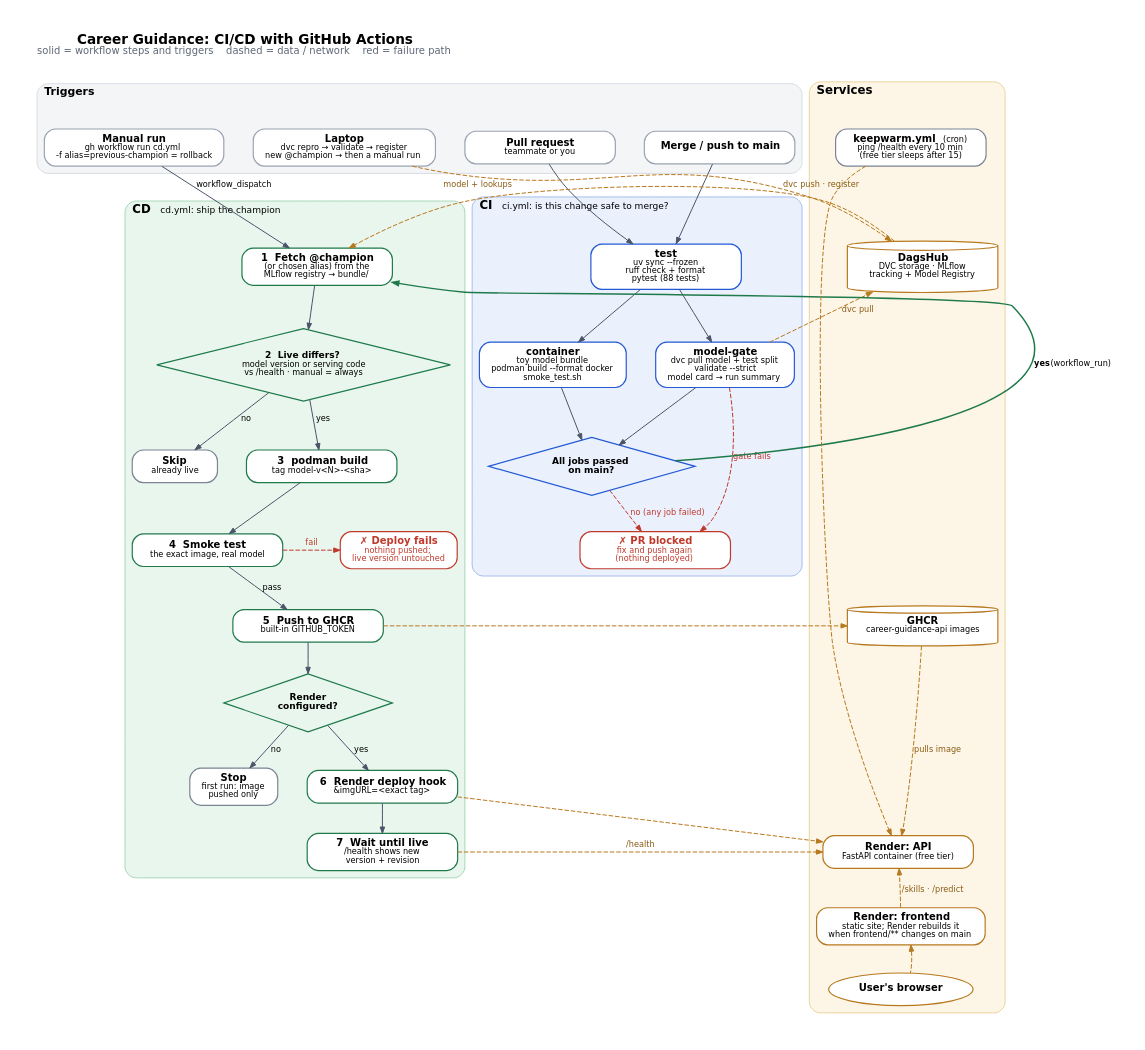
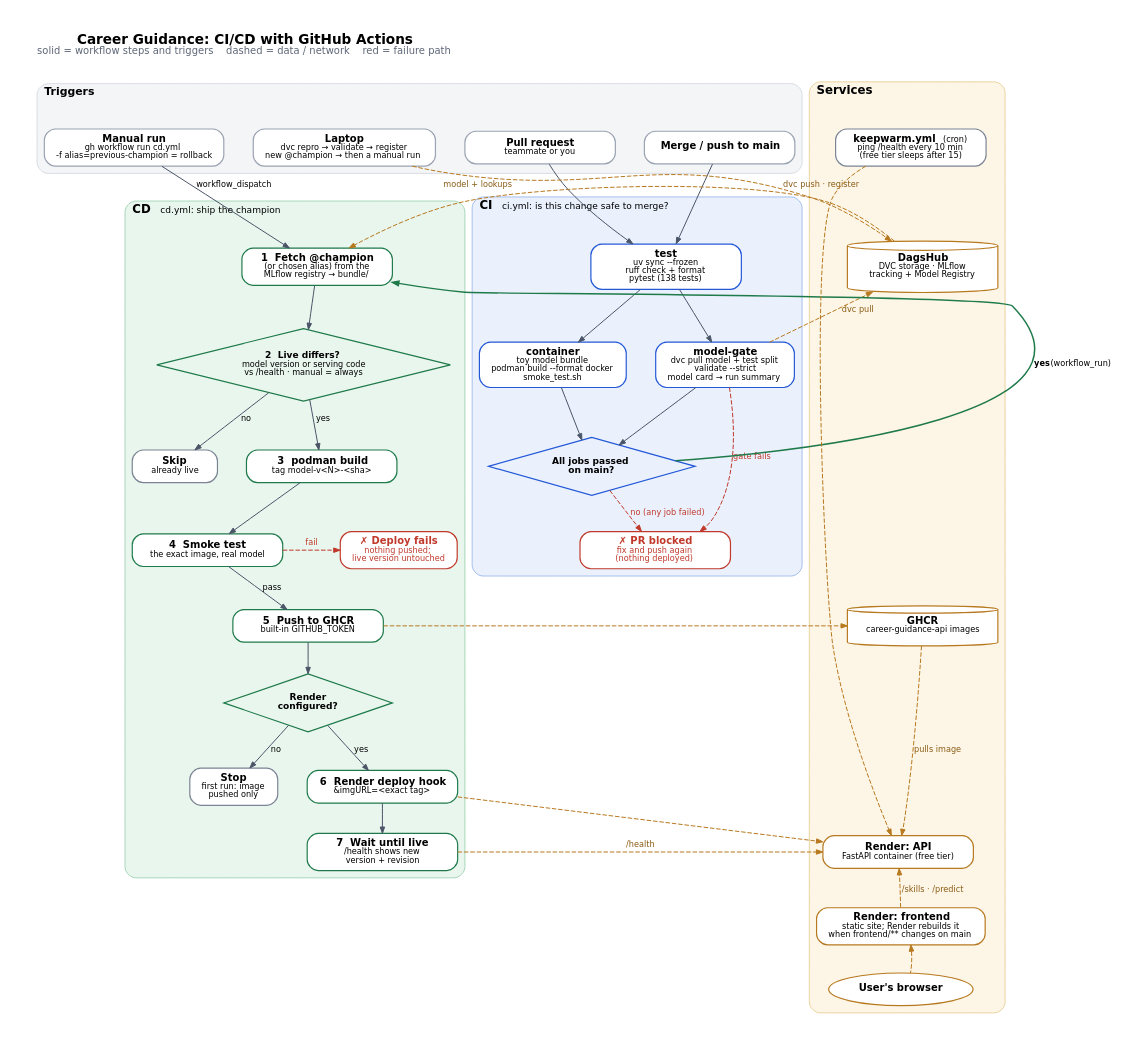
Before and after one commit to AdithyaP-72/Career_Guidance_ML_Ops: the diagram in docs/images/cicd-flow.dot, drawn with Graphviz. The commit also changed 2 other files, not shown here.

Commit message:
docs: Phase 2 guide and diagram updated for the merged resume + courses work

```diff
--- a/docs/images/cicd-flow.dot
+++ b/docs/images/cicd-flow.dot
@@ -1,107 +1,107 @@
 // CI/CD flow of the GitHub Actions workflows (.github/workflows/ci.yml, cd.yml, keepwarm.yml).
 // Re-render after editing:  dot -Tpng -Gdpi=170 docs/images/cicd-flow.dot -o docs/images/cicd-flow.png
 digraph cicd {
   graph [rankdir=TB, fontname="DejaVu Sans", fontsize=15, nodesep=0.45, ranksep=0.42, pad=0.35,
          bgcolor="white", newrank=true,
          label=<<b>Career Guidance: CI/CD with GitHub Actions</b><br/><font point-size="11" color="#5d6676">solid = workflow steps and triggers    dashed = data / network    red = failure path</font><br/> >,
          labelloc=t, labeljust=l];
   node  [fontname="DejaVu Sans", fontsize=11, shape=box, style="rounded,filled", fillcolor="#ffffff",
          color="#9aa3b2", penwidth=1.3, margin="0.18,0.08", width=2.3];
   edge  [fontname="DejaVu Sans", fontsize=9, color="#4a5568", arrowsize=0.7, penwidth=1.1];
 
   // ── triggers (top row) ──────────────────────────────────────────────────────
   subgraph cluster_triggers {
     label=<<b>Triggers</b>>; style="rounded,filled"; fillcolor="#f4f5f7"; color="#d5d9e0"; fontsize=12;
     pr     [label=<<b>Pull request</b><br/><font point-size="9">teammate or you</font>>];
     push   [label=<<b>Merge / push to main</b>>];
     laptop [label=<<b>Laptop</b><br/><font point-size="9">dvc repro → validate → register<br/>new @champion → then a manual run</font>>];
     manual [label=<<b>Manual run</b><br/><font point-size="9">gh workflow run cd.yml<br/>-f alias=previous-champion = rollback</font>>];
     { rank=same; pr; push; laptop; manual; }
   }
 
   // ── CI column ───────────────────────────────────────────────────────────────
   subgraph cluster_ci {
     label=<<b>CI</b>  <font point-size="10">ci.yml: is this change safe to merge?</font>>;
     style="rounded,filled"; fillcolor="#eaf1fd"; color="#9db8ec"; fontsize=13;
-    ci_test [label=<<b>test</b><br/><font point-size="9">uv sync --frozen<br/>ruff check + format<br/>pytest (88 tests)</font>>, color="#2459d6"];
+    ci_test [label=<<b>test</b><br/><font point-size="9">uv sync --frozen<br/>ruff check + format<br/>pytest (138 tests)</font>>, color="#2459d6"];
     ci_cont [label=<<b>container</b><br/><font point-size="9">toy model bundle<br/>podman build --format docker<br/>smoke_test.sh</font>>, color="#2459d6", width=2.1];
     ci_gate [label=<<b>model-gate</b><br/><font point-size="9">dvc pull model + test split<br/>validate --strict<br/>model card → run summary</font>>, color="#2459d6", width=2.1];
     ci_ok   [label=<<b>All jobs passed<br/>on main?</b>>, shape=diamond, style="filled", fillcolor="#eaf1fd", color="#2459d6", fontsize=10, width=2.0];
     blocked [label=<<b>✗ PR blocked</b><br/><font point-size="9">fix and push again<br/>(nothing deployed)</font>>, color="#c0392b", fontcolor="#c0392b"];
   }
 
   // ── CD column ───────────────────────────────────────────────────────────────
   subgraph cluster_cd {
     label=<<b>CD</b>  <font point-size="10">cd.yml: ship the champion</font>>;
     style="rounded,filled"; fillcolor="#e9f6ee"; color="#9fd3b2"; fontsize=13;
     cd_fetch  [label=<<b>1  Fetch @champion</b><br/><font point-size="9">(or chosen alias) from the<br/>MLflow registry → bundle/</font>>, color="#1f7a4a"];
     cd_decide [label=<<b>2  Live differs?</b><br/><font point-size="9">model version or serving code<br/>vs /health · manual = always</font>>, shape=diamond, style="filled", fillcolor="#e9f6ee", color="#1f7a4a", fontsize=10, width=2.9];
     cd_skip   [label=<<b>Skip</b><br/><font point-size="9">already live</font>>, color="#7a8494", width=1.3];
     cd_build  [label=<<b>3  podman build</b><br/><font point-size="9">tag model-v&lt;N&gt;-&lt;sha&gt;</font>>, color="#1f7a4a"];
     cd_smoke  [label=<<b>4  Smoke test</b><br/><font point-size="9">the exact image, real model</font>>, color="#1f7a4a"];
     cd_fail   [label=<<b>✗ Deploy fails</b><br/><font point-size="9">nothing pushed;<br/>live version untouched</font>>, color="#c0392b", fontcolor="#c0392b", width=1.6];
     cd_push   [label=<<b>5  Push to GHCR</b><br/><font point-size="9">built-in GITHUB_TOKEN</font>>, color="#1f7a4a"];
     cd_ready  [label=<<b>Render<br/>configured?</b>>, shape=diamond, style="filled", fillcolor="#e9f6ee", color="#1f7a4a", fontsize=10, width=1.8];
     cd_stop   [label=<<b>Stop</b><br/><font point-size="9">first run: image<br/>pushed only</font>>, color="#7a8494", width=1.3];
     cd_hook   [label=<<b>6  Render deploy hook</b><br/><font point-size="9">&amp;imgURL=&lt;exact tag&gt;</font>>, color="#1f7a4a"];
     cd_wait   [label=<<b>7  Wait until live</b><br/><font point-size="9">/health shows new<br/>version + revision</font>>, color="#1f7a4a"];
     { rank=same; cd_build; cd_skip; }
     { rank=same; cd_smoke; cd_fail; }
     { rank=same; cd_hook; cd_stop; }
   }
 
   // ── services column ─────────────────────────────────────────────────────────
   subgraph cluster_ext {
     label=<<b>Services</b>>; style="rounded,filled"; fillcolor="#fdf6e7"; color="#e8cf95"; fontsize=13;
     dagshub [label=<<b>DagsHub</b><br/><font point-size="9">DVC storage · MLflow<br/>tracking + Model Registry</font>>, shape=cylinder, color="#b7791f"];
     ghcr    [label=<<b>GHCR</b><br/><font point-size="9">career-guidance-api images</font>>, shape=cylinder, color="#b7791f"];
     api     [label=<<b>Render: API</b><br/><font point-size="9">FastAPI container (free tier)</font>>, color="#b7791f"];
     web     [label=<<b>Render: frontend</b><br/><font point-size="9">static site; Render rebuilds it<br/>when frontend/** changes on main</font>>, color="#b7791f"];
     user    [label=<<b>User's browser</b>>, shape=oval, color="#b7791f", width=1.8];
     kw      [label=<<b>keepwarm.yml</b>  <font point-size="9">(cron)</font><br/><font point-size="9">ping /health every 10 min<br/>(free tier sleeps after 15)</font>>, color="#7a8494"];
     dagshub -> ghcr -> api -> web -> user [style=invis];
   }
 
   { rank=same; cd_fetch; dagshub; }
 
   // line services up with the steps that use them
   { rank=same; cd_push; ghcr; }
   { rank=same; cd_wait; api; }
 
   // ── flow ────────────────────────────────────────────────────────────────────
   pr   -> ci_test;
   push -> ci_test;
   ci_test -> ci_cont;
   ci_test -> ci_gate;
   ci_cont -> ci_ok;
   ci_gate -> ci_ok;
   ci_gate -> blocked [color="#c0392b", fontcolor="#c0392b", style=dashed, xlabel="gate fails "];
   ci_ok -> blocked [color="#c0392b", fontcolor="#c0392b", style=dashed, label=" no (any job failed)"];
 
   manual -> cd_fetch [label=" workflow_dispatch"];
   ci_ok -> cd_fetch [label=<<b>yes</b> (workflow_run)>, constraint=false, color="#1f7a4a", penwidth=1.6];
 
   cd_fetch -> cd_decide;
   cd_decide -> cd_build [label=" yes"];
   cd_decide -> cd_skip [label=" no"];
   cd_build -> cd_smoke;
   cd_smoke -> cd_push [label=" pass"];
   cd_smoke -> cd_fail [color="#c0392b", fontcolor="#c0392b", style=dashed, label=" fail"];
   cd_push -> cd_ready;
   cd_ready -> cd_hook [label=" yes"];
   cd_ready -> cd_stop [label=" no"];
   cd_hook -> cd_wait;
 
 
   // data / network (dashed)
   laptop   -> dagshub [style=dashed, color="#b7791f", fontcolor="#8a5a12", label="dvc push · register", constraint=false];
   ci_gate  -> dagshub [style=dashed, color="#b7791f", fontcolor="#8a5a12", label="dvc pull", constraint=false];
   dagshub  -> cd_fetch [style=dashed, color="#b7791f", fontcolor="#8a5a12", label="model + lookups"];
   cd_push  -> ghcr [style=dashed, color="#b7791f"];
   ghcr     -> api [style=dashed, color="#b7791f", fontcolor="#8a5a12", label=" pulls image", constraint=false];
   cd_hook  -> api [style=dashed, color="#b7791f", constraint=false];
   cd_wait  -> api [style=dashed, color="#b7791f", fontcolor="#8a5a12", label="/health"];
   kw       -> api [style=dashed, color="#b7791f", constraint=false];
   web      -> user [style=dashed, color="#b7791f", dir=back, constraint=false];
   web      -> api [style=dashed, color="#b7791f", fontcolor="#8a5a12", label=" /skills · /predict", dir=forward, constraint=false];
 }
```
